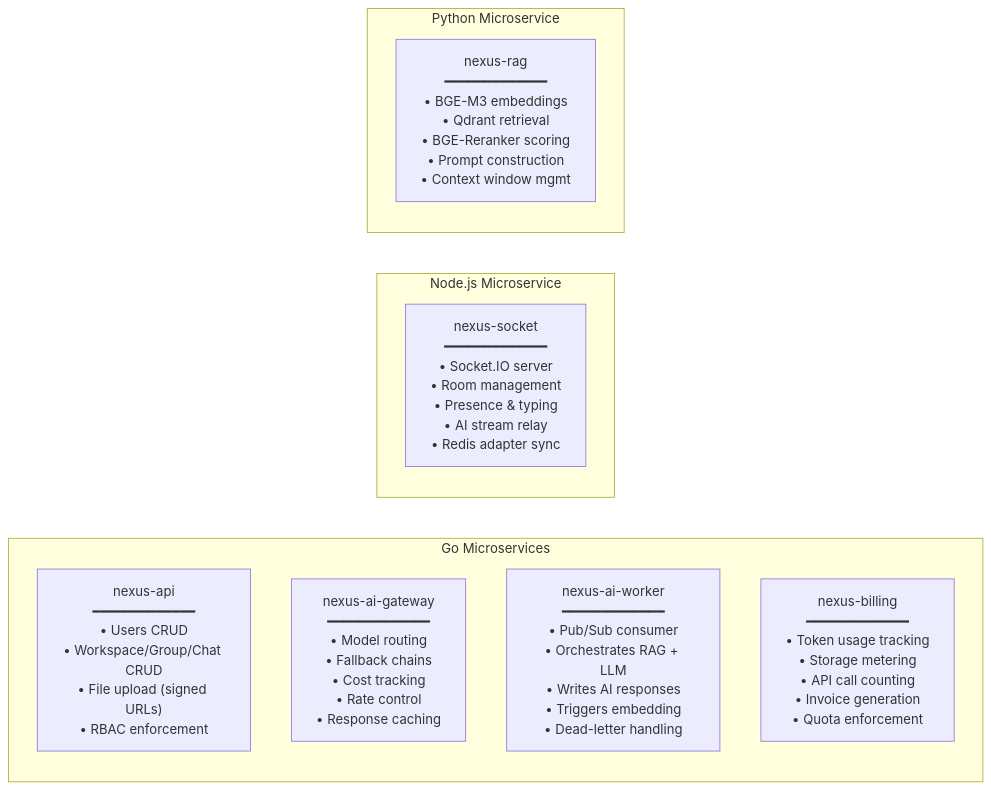
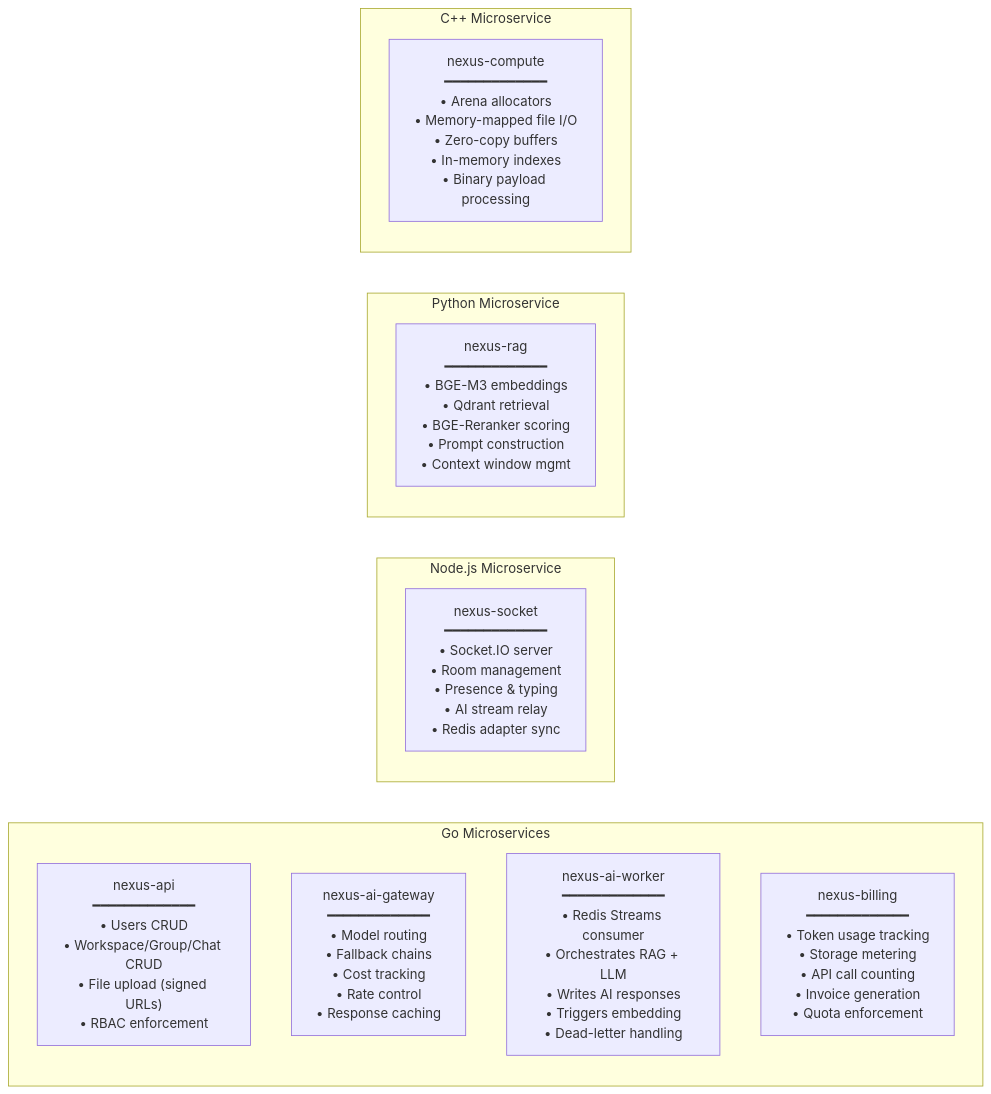
Before and after one commit to Nexus-chat-5039/Nexus-chat: the third of 24 diagrams in ARCHITECTURE.md, drawn with Mermaid. The commit also changed other lines of this file and 38 other files, not shown here.

Commit message:
feat: implement minimal architecture with custom JWT auth

````diff
--- a/ARCHITECTURE.md
+++ b/ARCHITECTURE.md
@@ -190,20 +196,24 @@
 ```mermaid
 graph LR
     subgraph GoServices["Go Microservices"]
         API["nexus-api\n━━━━━━━━━━━━━\n• Users CRUD\n• Workspace/Group/Chat CRUD\n• File upload (signed URLs)\n• RBAC enforcement"]
         
         AIGW["nexus-ai-gateway\n━━━━━━━━━━━━━\n• Model routing\n• Fallback chains\n• Cost tracking\n• Rate control\n• Response caching"]
         
-        WRK["nexus-ai-worker\n━━━━━━━━━━━━━\n• Pub/Sub consumer\n• Orchestrates RAG + LLM\n• Writes AI responses\n• Triggers embedding\n• Dead-letter handling"]
+        WRK["nexus-ai-worker\n━━━━━━━━━━━━━\n• Redis Streams consumer\n• Orchestrates RAG + LLM\n• Writes AI responses\n• Triggers embedding\n• Dead-letter handling"]
         
         BILL["nexus-billing\n━━━━━━━━━━━━━\n• Token usage tracking\n• Storage metering\n• API call counting\n• Invoice generation\n• Quota enforcement"]
     end
 
     subgraph NodeService["Node.js Microservice"]
         SIO["nexus-socket\n━━━━━━━━━━━━━\n• Socket.IO server\n• Room management\n• Presence & typing\n• AI stream relay\n• Redis adapter sync"]
     end
 
     subgraph PythonService["Python Microservice"]
         RAG["nexus-rag\n━━━━━━━━━━━━━\n• BGE-M3 embeddings\n• Qdrant retrieval\n• BGE-Reranker scoring\n• Prompt construction\n• Context window mgmt"]
     end
+
+    subgraph CppService["C++ Microservice"]
+        COMP["nexus-compute\n━━━━━━━━━━━━━\n• Arena allocators\n• Memory-mapped file I/O\n• Zero-copy buffers\n• In-memory indexes\n• Binary payload processing"]
+    end
 ```
````
